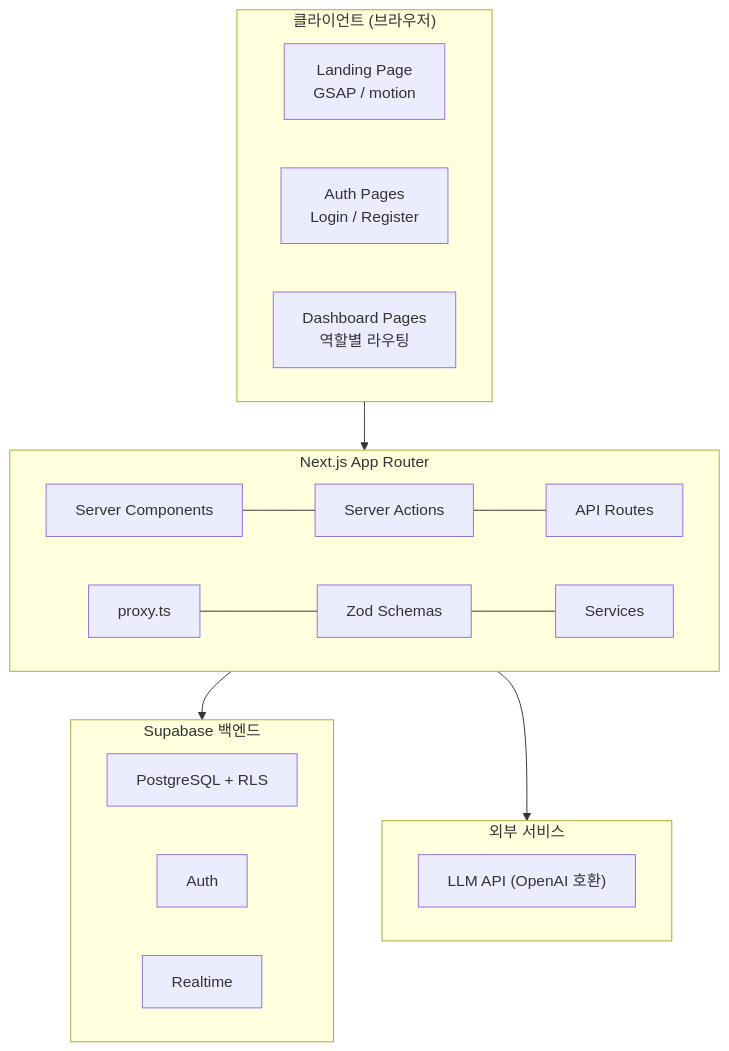
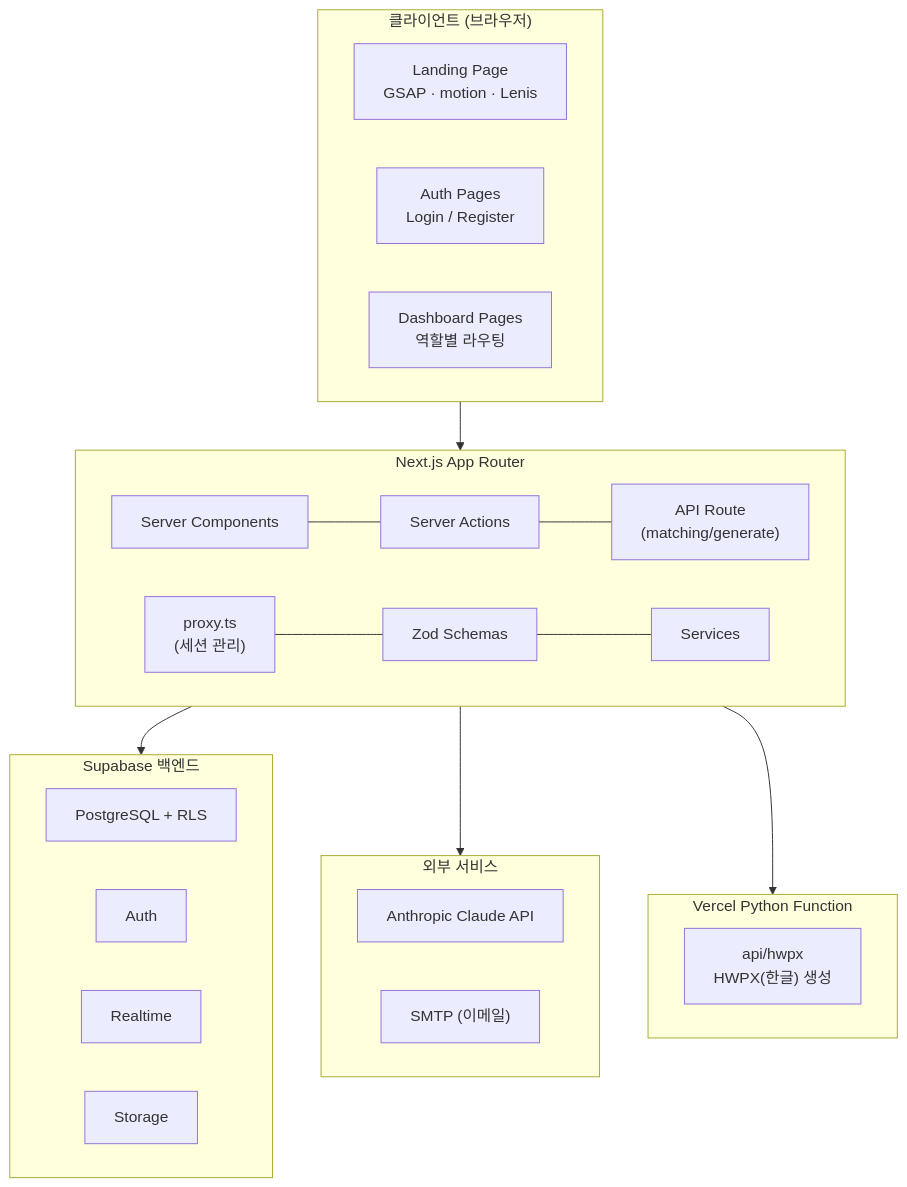
Before and after one commit to BaekKyunShin/KPC-AX-Roadmap-Dashboard: the third of 6 diagrams in README.md, drawn with Mermaid. The commit also changed other lines of this file, not shown here.

````diff
--- a/README.md
+++ b/README.md
@@ -381,29 +418,36 @@
 ```mermaid
 flowchart TD
     subgraph CLIENT["클라이언트 (브라우저)"]
-        L["Landing Page<br>GSAP / motion"]
+        L["Landing Page<br>GSAP · motion · Lenis"]
         AU["Auth Pages<br>Login / Register"]
         DA["Dashboard Pages<br>역할별 라우팅"]
     end
 
     subgraph NEXT["Next.js App Router"]
         SC["Server Components"] --- SA["Server Actions"]
-        SA --- AR["API Routes"]
-        MW["proxy.ts"] --- ZD["Zod Schemas"]
+        SA --- AR["API Route<br>(matching/generate)"]
+        MW["proxy.ts<br>(세션 관리)"] --- ZD["Zod Schemas"]
         ZD --- SV["Services"]
+    end
+
+    subgraph PYFN["Vercel Python Function"]
+        HWPX["api/hwpx<br>HWPX(한글) 생성"]
     end
 
     subgraph SUPA["Supabase 백엔드"]
         PG["PostgreSQL + RLS"]
         ATH["Auth"]
         RT["Realtime"]
+        STG["Storage"]
     end
 
     subgraph EXT["외부 서비스"]
-        LLM["LLM API (OpenAI 호환)"]
+        LLM["Anthropic Claude API"]
+        SMTP["SMTP (이메일)"]
     end
 
     CLIENT --> NEXT
     NEXT --> SUPA
     NEXT --> EXT
+    NEXT --> PYFN
 ```
````
